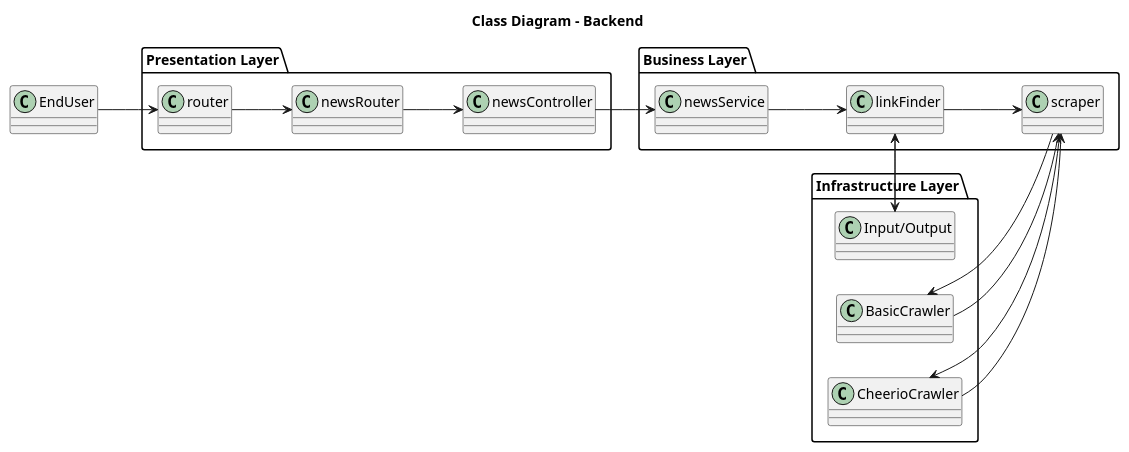
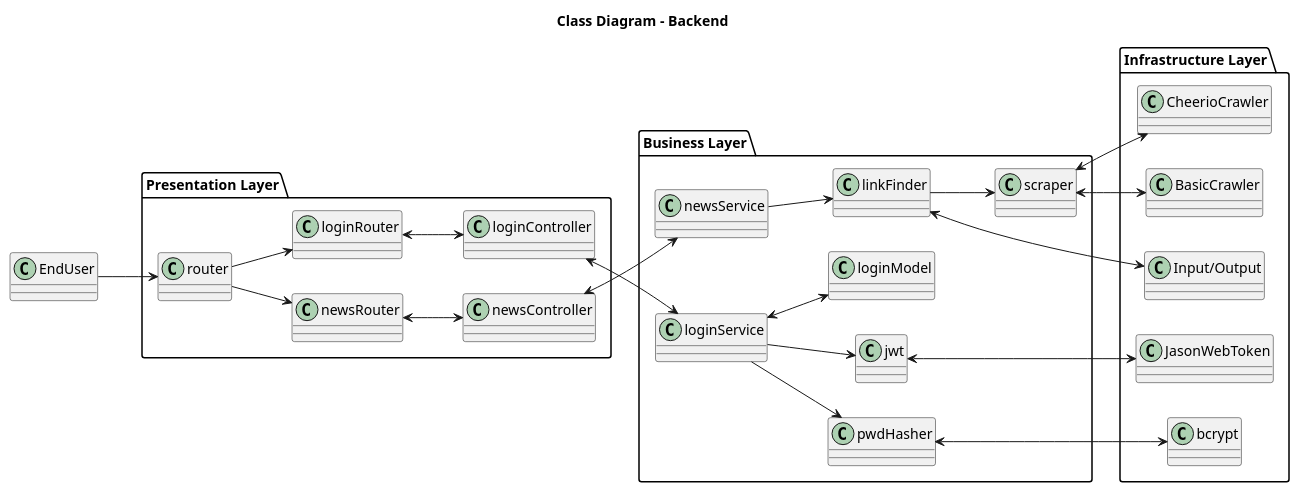
The diagram in docs/diagramm_class.puml (TPI2026-NewsGenerator/NewsGenerator-Backend), drawn with PlantUML before and after one commit.

Commit message:
chore: update class diagram

```diff
--- a/docs/diagramm_class.puml
+++ b/docs/diagramm_class.puml
@@ -1,38 +1,53 @@
 @startuml
 
 title Class Diagram - Backend
 
 left to right direction
 
 package "Presentation Layer" {
     class router
     class newsRouter
+    class loginRouter
     class newsController
+    class loginController
 }
 
 package "Business Layer" {
     class newsService
+    class loginService
+    class loginModel
     class linkFinder
     class scraper
+    class jwt
+    class pwdHasher
 }
 
 package "Infrastructure Layer" {
     class "Input/Output" as io
     class BasicCrawler
     class CheerioCrawler
+    class JasonWebToken
+    class bcrypt
 }
 
 EndUser --> router
 router --> newsRouter
-newsRouter --> newsController
-newsController --> newsService
+router --> loginRouter
+newsRouter <--> newsController
+loginRouter <--> loginController
+
+newsController <--> newsService
+loginController <--> loginService
+loginService <--> loginModel
+loginService --> pwdHasher
+loginService --> jwt
+jwt <--> JasonWebToken
+pwdHasher <--> bcrypt
 newsService --> linkFinder
-linkFinder --> io
-io --> linkFinder
+
+linkFinder <--> io
 linkFinder --> scraper
-scraper --> BasicCrawler
-BasicCrawler --> scraper
-scraper --> CheerioCrawler
-CheerioCrawler --> scraper
+scraper <--> BasicCrawler
+scraper <--> CheerioCrawler
 
 @enduml
```
